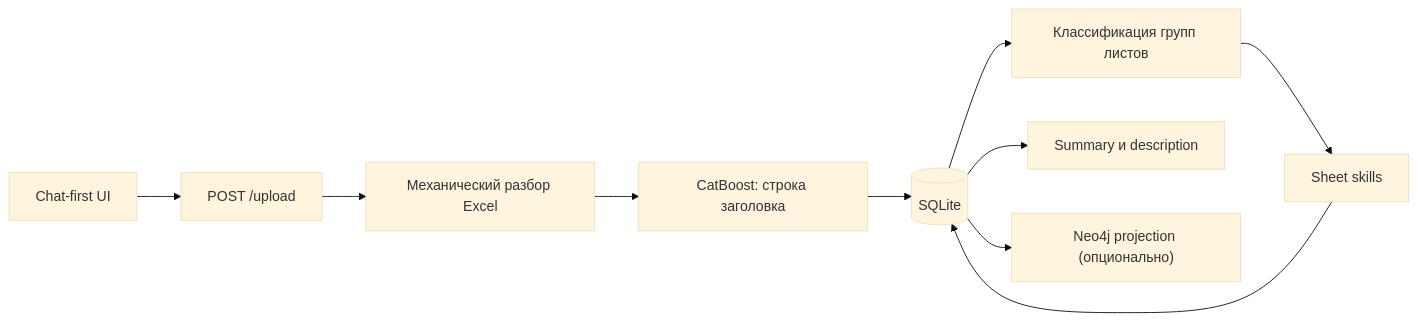
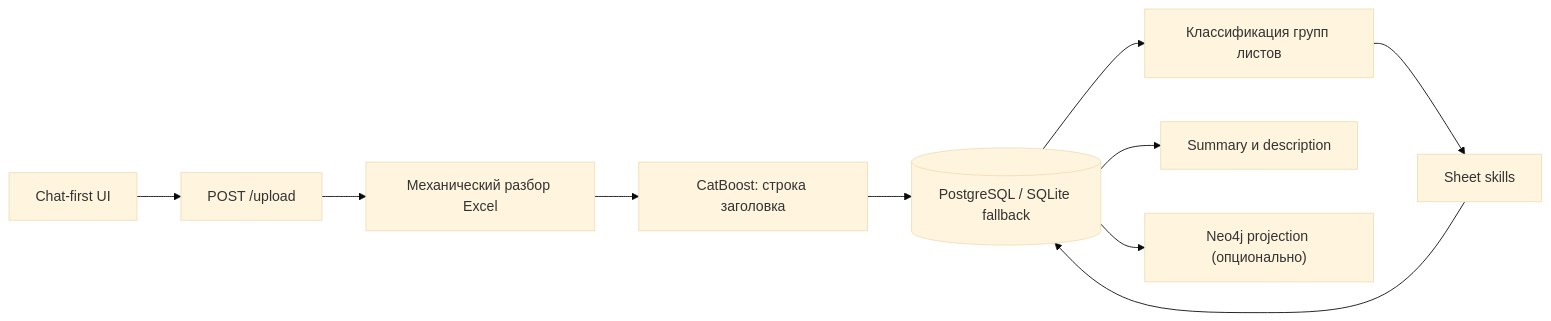
One commit to Xpehutta/ETL-S2T-Parser changed the first of 2 diagrams in README.md. Above: the diagram before and after it, drawn with Mermaid (base theme). The commit also changed other lines of this file and 23 other files, not shown here.

Commit message:
feat: add PostgreSQL storage migration

````diff
--- a/README.md
+++ b/README.md
@@ -35,12 +37,12 @@
 ```mermaid
 flowchart LR
     UI["Chat-first UI"] --> API["POST /upload"]
     API --> PARSE["Механический разбор Excel"]
     PARSE --> HEADER["CatBoost: строка заголовка"]
-    HEADER --> SQLITE[("SQLite")]
-    SQLITE --> GROUPS["Классификация групп листов"]
+    HEADER --> STORE[("PostgreSQL / SQLite fallback")]
+    STORE --> GROUPS["Классификация групп листов"]
     GROUPS --> SKILLS["Sheet skills"]
-    SKILLS --> SQLITE
-    SQLITE --> SUMMARY["Summary и description"]
-    SQLITE --> GRAPH["Neo4j projection (опционально)"]
+    SKILLS --> STORE
+    STORE --> SUMMARY["Summary и description"]
+    STORE --> GRAPH["Neo4j projection (опционально)"]
 ```
````
